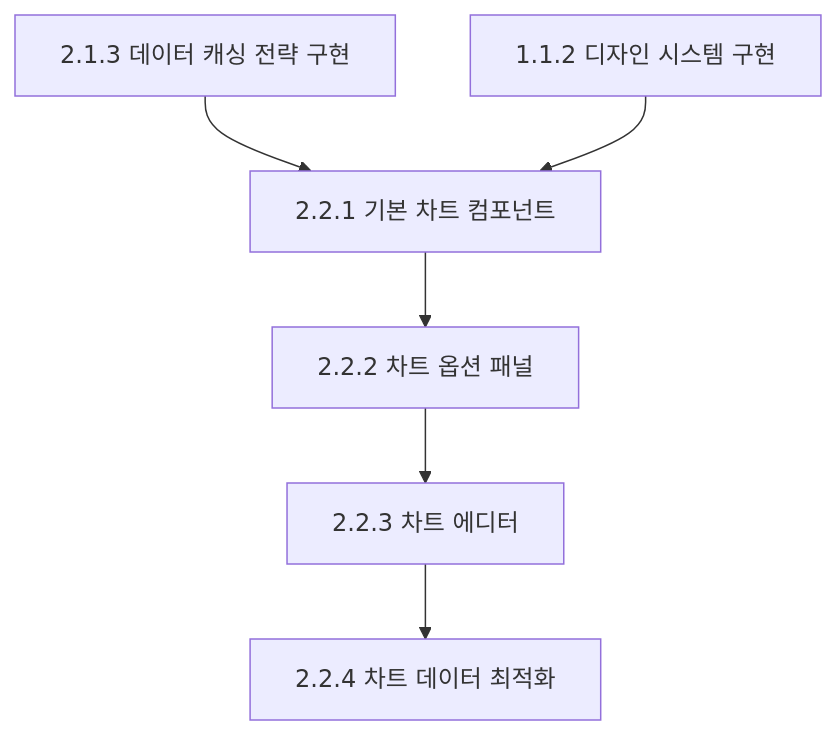
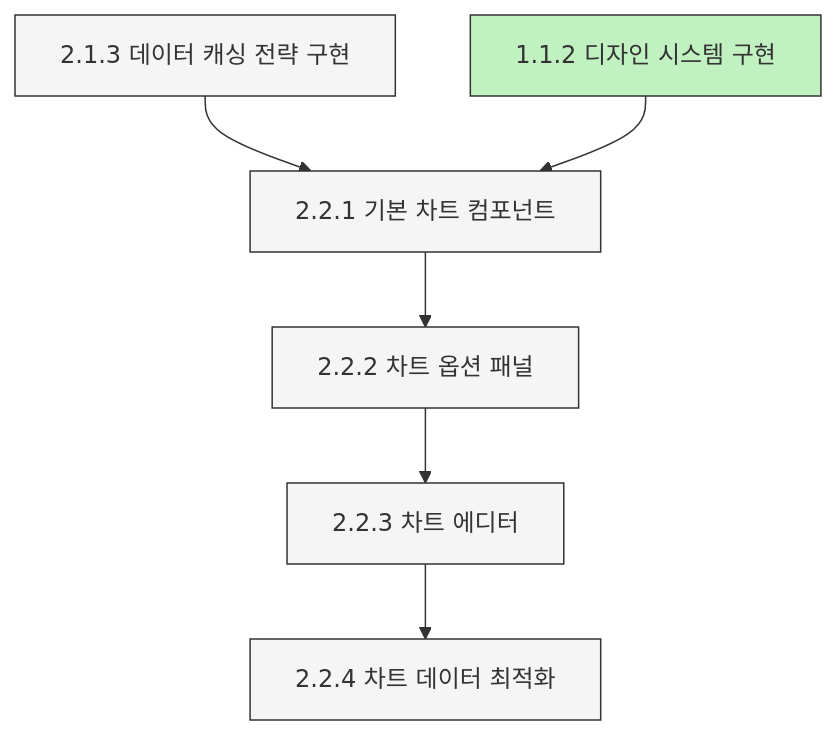
Before and after one commit to Seungwoo321/etorch-docs: the fifth of 10 diagrams in ROADMAP.md, drawn with Mermaid. The commit also changed other lines of this file, not shown here.

````diff
--- a/ROADMAP.md
+++ b/ROADMAP.md
@@ -261,8 +292,15 @@
 ```mermaid
 flowchart TD
     A[2.1.3 데이터 캐싱 전략 구현] --> C[2.2.1 기본 차트 컴포넌트]
     B[1.1.2 디자인 시스템 구현] --> C
     C --> D[2.2.2 차트 옵션 패널]
     D --> E[2.2.3 차트 에디터]
     E --> F[2.2.4 차트 데이터 최적화]
+    
+    style A fill:#f5f5f5,stroke:#333,stroke-width:1px
+    style B fill:#c1f0c1,stroke:#333,stroke-width:1px
+    style C fill:#f5f5f5,stroke:#333,stroke-width:1px
+    style D fill:#f5f5f5,stroke:#333,stroke-width:1px
+    style E fill:#f5f5f5,stroke:#333,stroke-width:1px
+    style F fill:#f5f5f5,stroke:#333,stroke-width:1px
 ```
````
